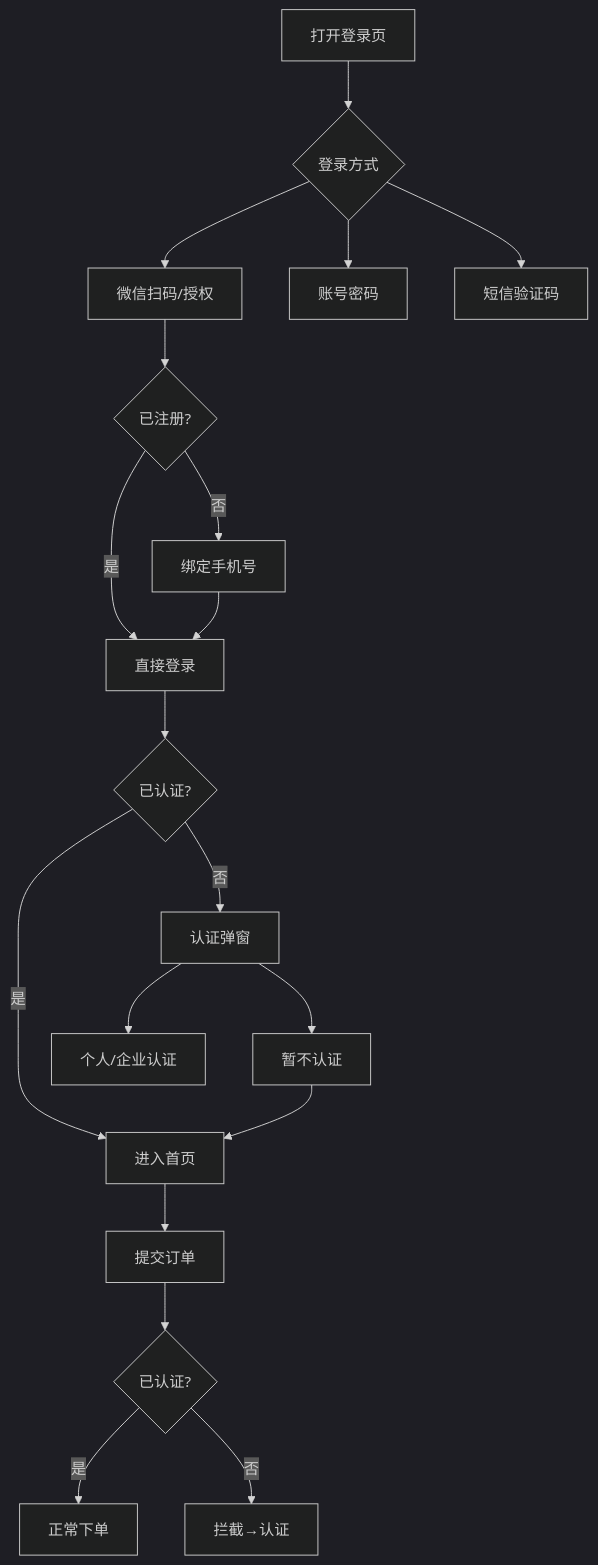
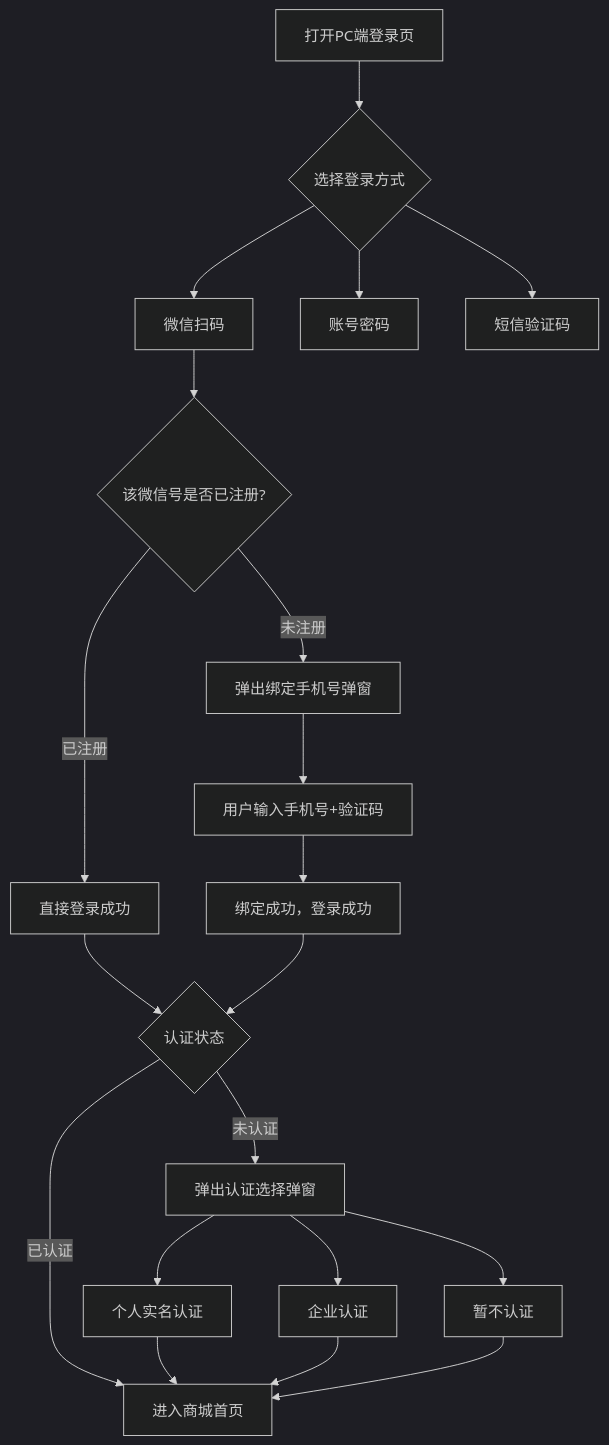
Before and after one commit to Connie-316/enterprise-auth-docs: the first of 3 diagrams in PRD_微信一键登录_v1.11_优化版.md, drawn with Mermaid (dark theme). The commit also changed other lines of this file and 1 other file, not shown here.

````diff
--- a/PRD_微信一键登录_v1.11_优化版.md
+++ b/PRD_微信一键登录_v1.11_优化版.md
@@ -15,21 +34,26 @@
 ```mermaid
 graph TD
-    A[打开登录页] --> B{登录方式}
-    B --> C[微信扫码/授权]
+    A[打开PC端登录页] --> B{选择登录方式}
+    B --> C[微信扫码]
     B --> D[账号密码]
     B --> E[短信验证码]
-    C --> F{已注册?}
-    F -->|是| G[直接登录]
-    F -->|否| H[绑定手机号]
-    H --> G
-    G --> I{已认证?}
-    I -->|是| J[进入首页]
-    I -->|否| K[认证弹窗]
-    K --> L[个人/企业认证]
-    K --> M[暂不认证]
-    M --> J
-    J --> N[提交订单]
-    N --> O{已认证?}
-    O -->|是| P[正常下单]
-    O -->|否| Q[拦截→认证]
+
+    C --> F{该微信号是否已注册?}
+    F -->|已注册| G[直接登录成功]
+    F -->|未注册| H[弹出绑定手机号弹窗]
+    H --> I[用户输入手机号+验证码]
+    I --> J[绑定成功，登录成功]
+
+    G --> K{认证状态}
+    J --> K
+    K -->|已认证| L[进入商城首页]
+    K -->|未认证| M[弹出认证选择弹窗]
+
+    M --> N[个人实名认证]
+    M --> O[企业认证]
+    M --> P[暂不认证]
+
+    N --> L
+    O --> L
+    P --> L
 ```
````
